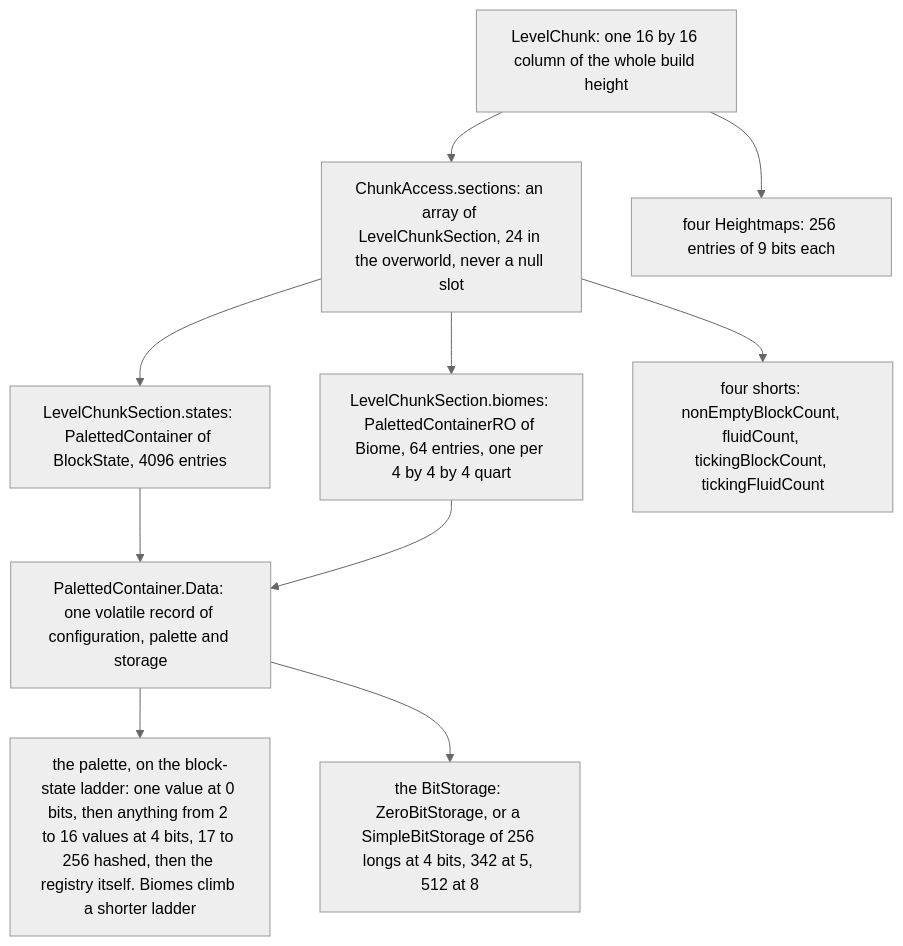
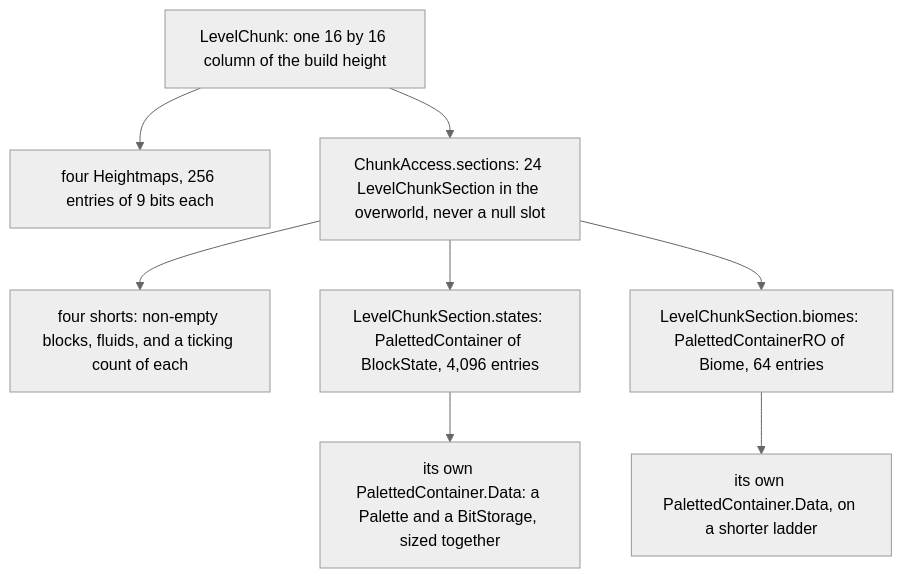
The second of 2 diagrams in src/systems/world/chunk-anatomy.md (AlexanderjFraser/MinecraftDocs), drawn with Mermaid (neutral theme) before and after one commit. The commit also changed other lines of this file and 22 other files, not shown here.

First line of the commit message:
pass 7, session D — Part IV: four splits at a mechanism's own joint, a pyramid that was a table, and thirteen captions the stylesheet had silently stopped matching

````diff
--- a/src/systems/world/chunk-anatomy.md
+++ b/src/systems/world/chunk-anatomy.md
@@ -141,12 +169,18 @@
 ```mermaid
 flowchart TD
-    LC["LevelChunk: one 16 by 16 column of the whole build height"] --> ARR["ChunkAccess.sections: an array of LevelChunkSection, 24 in the overworld, never a null slot"]
-    LC --> HM["four Heightmaps: 256 entries of 9 bits each"]
-    ARR --> ST["LevelChunkSection.states: PalettedContainer of BlockState, 4096 entries"]
-    ARR --> BIO["LevelChunkSection.biomes: PalettedContainerRO of Biome, 64 entries, one per 4 by 4 by 4 quart"]
-    ARR --> CNT["four shorts: nonEmptyBlockCount, fluidCount, tickingBlockCount, tickingFluidCount"]
-    ST --> DATA["PalettedContainer.Data: one volatile record of configuration, palette and storage"]
-    BIO --> DATA
-    DATA --> PAL["the palette, on the block-state ladder: one value at 0 bits, then anything from 2 to 16 values at 4 bits, 17 to 256 hashed, then the registry itself. Biomes climb a shorter ladder"]
-    DATA --> BST["the BitStorage: ZeroBitStorage, or a SimpleBitStorage of 256 longs at 4 bits, 342 at 5, 512 at 8"]
+    LC["LevelChunk: one 16 by 16 column of the build height"]
+    HM["four Heightmaps, 256 entries of 9 bits each"]
+    ARR["ChunkAccess.sections: 24 LevelChunkSection in the overworld, never a null slot"]
+    CNT["four shorts: non-empty blocks, fluids, and a ticking count of each"]
+    ST["LevelChunkSection.states: PalettedContainer of BlockState, 4,096 entries"]
+    BIO["LevelChunkSection.biomes: PalettedContainerRO of Biome, 64 entries"]
+    D1["its own PalettedContainer.Data: a Palette and a BitStorage, sized together"]
+    D2["its own PalettedContainer.Data, on a shorter ladder"]
+    LC --> HM
+    LC --> ARR
+    ARR --> CNT
+    ARR --> ST
+    ARR --> BIO
+    ST --> D1
+    BIO --> D2
 ```
````
